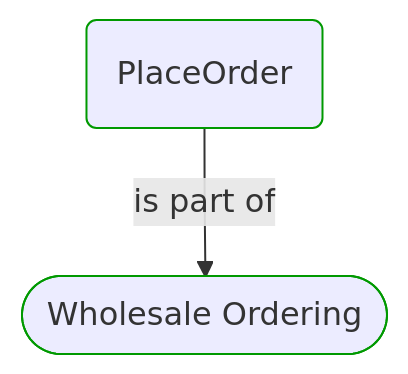
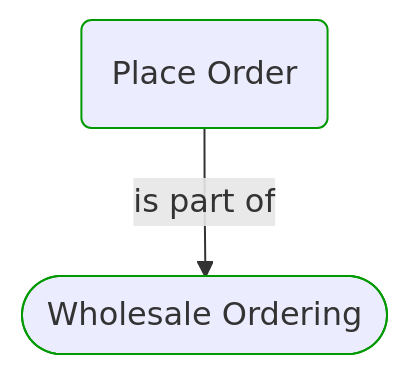
Before and after one commit to itlibrium/DDD-starter-dotnet: the first of 4 diagrams in Docs/P3/MermaidOutput/Domain/Concepts/Sales/WholesaleOrdering/OrderPlacement/PlaceOrder.md, drawn with Mermaid. The commit also changed other lines of this file and 51 other files, not shown here.

````diff
--- a/Docs/P3/MermaidOutput/Domain/Concepts/Sales/WholesaleOrdering/OrderPlacement/PlaceOrder.md
+++ b/Docs/P3/MermaidOutput/Domain/Concepts/Sales/WholesaleOrdering/OrderPlacement/PlaceOrder.md
@@ -22,11 +22,11 @@
 ```mermaid
   flowchart TB
-    0(PlaceOrder)
+    0(Place Order)
     class 0 DomainPerspective
     1([Wholesale Ordering])
     class 1 DomainPerspective
     0-->|is part of|1
     classDef DomainPerspective stroke:#009900
     classDef TechnologyPerspective stroke:#1F41EB
     classDef PeoplePerspective stroke:#FFF014
 ```
````
